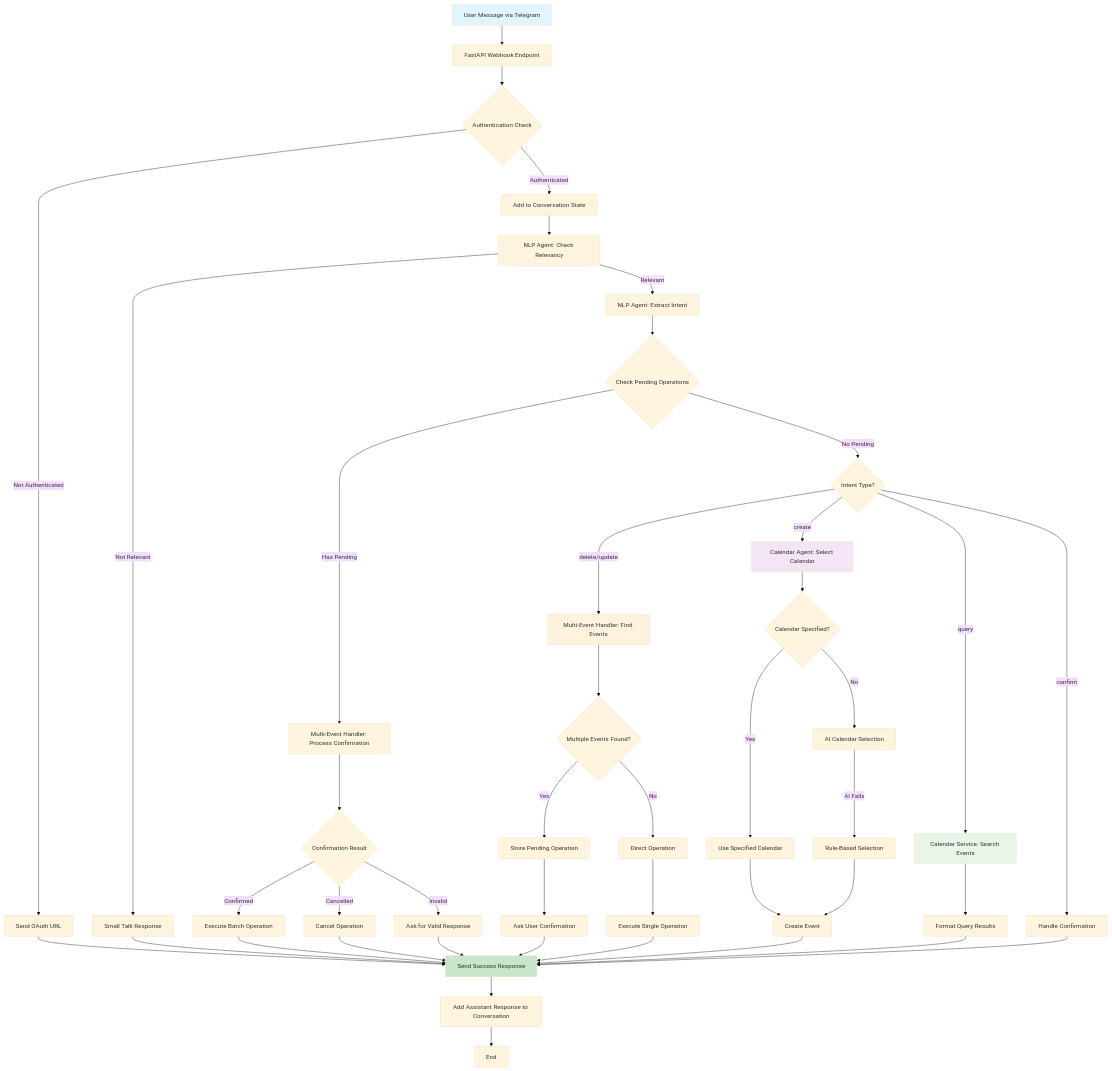
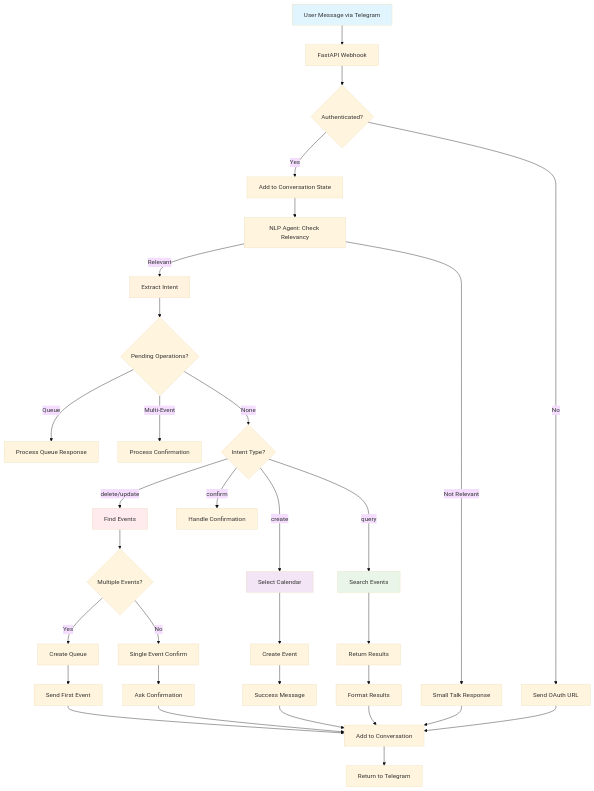
The diagram in WORKFLOW_ARCHITECTURE.md (vasparshin/calibot), drawn with Mermaid (base theme) before and after one commit. The commit also changed other lines of this file and 23 other files, not shown here.

````diff
--- a/WORKFLOW_ARCHITECTURE.md
+++ b/WORKFLOW_ARCHITECTURE.md
@@ -5,60 +5,48 @@
 ```mermaid
-graph TD
-    A[User Message via Telegram] --> B[FastAPI Webhook Endpoint]
-    B --> C{Authentication Check}
-    C -->|Not Authenticated| D[Send OAuth URL]
-    C -->|Authenticated| E[Add to Conversation State]
+flowchart TD
+    A[User Message via Telegram] --> B[FastAPI Webhook]
+    B --> C{Authenticated?}
+    C -->|No| D[Send OAuth URL]
+    C -->|Yes| E[Add to Conversation State]
     
     E --> F[NLP Agent: Check Relevancy]
     F -->|Not Relevant| G[Small Talk Response]
-    F -->|Relevant| H[NLP Agent: Extract Intent]
+    F -->|Relevant| H[Extract Intent]
     
-    H --> I{Check Pending Operations}
-    I -->|Has Pending| J[Multi-Event Handler: Process Confirmation]
-    I -->|No Pending| K{Intent Type?}
+    H --> I{Pending Operations?}
+    I -->|Queue| J[Process Queue Response]
+    I -->|Multi-Event| K[Process Confirmation]
+    I -->|None| L{Intent Type?}
     
-    K -->|delete/update| L[Multi-Event Handler: Find Events]
-    K -->|create| M[Calendar Agent: Select Calendar]
-    K -->|query| N[Calendar Service: Search Events]
-    K -->|confirm| O[Handle Confirmation]
+    L -->|delete/update| M[Find Events]
+    L -->|create| N[Select Calendar]
+    L -->|query| O[Search Events]
+    L -->|confirm| P[Handle Confirmation]
     
-    L --> P{Multiple Events Found?}
-    P -->|Yes| Q[Store Pending Operation]
-    P -->|No| R[Direct Operation]
-    Q --> S[Ask User Confirmation]
+    M --> Q{Multiple Events?}
+    Q -->|Yes| R[Create Queue]
+    Q -->|No| S[Single Event Confirm]
     
-    M --> T{Calendar Specified?}
-    T -->|Yes| U[Use Specified Calendar]
-    T -->|No| V[AI Calendar Selection]
-    V -->|AI Fails| W[Rule-Based Selection]
-    U --> X[Create Event]
-    W --> X
+    N --> T[Create Event]
+    O --> U[Return Results]
     
-    N --> Y[Format Query Results]
+    R --> V[Send First Event]
+    S --> W[Ask Confirmation]
+    T --> X[Success Message]
+    U --> Y[Format Results]
     
-    J --> Z{Confirmation Result}
-    Z -->|Confirmed| AA[Execute Batch Operation]
-    Z -->|Cancelled| BB[Cancel Operation]
-    Z -->|Invalid| CC[Ask for Valid Response]
+    V --> Z[Add to Conversation]
+    W --> Z
+    X --> Z
+    Y --> Z
+    G --> Z
+    D --> Z
     
-    R --> DD[Execute Single Operation]
-    X --> EE[Send Success Response]
-    Y --> EE
-    AA --> EE
-    BB --> EE
-    CC --> EE
-    DD --> EE
-    G --> EE
-    S --> EE
-    O --> EE
-    D --> EE
+    Z --> END[Return to Telegram]
     
-    EE --> FF[Add Assistant Response to Conversation]
-    FF --> GG[End]
-
     style A fill:#e1f5fe
-    style EE fill:#c8e6c9
-    style L fill:#fff3e0
-    style M fill:#f3e5f5
-    style N fill:#e8f5e8
+    style H fill:#fff3e0
+    style N fill:#f3e5f5
+    style M fill:#ffebee
+    style O fill:#e8f5e8
 ```
````
